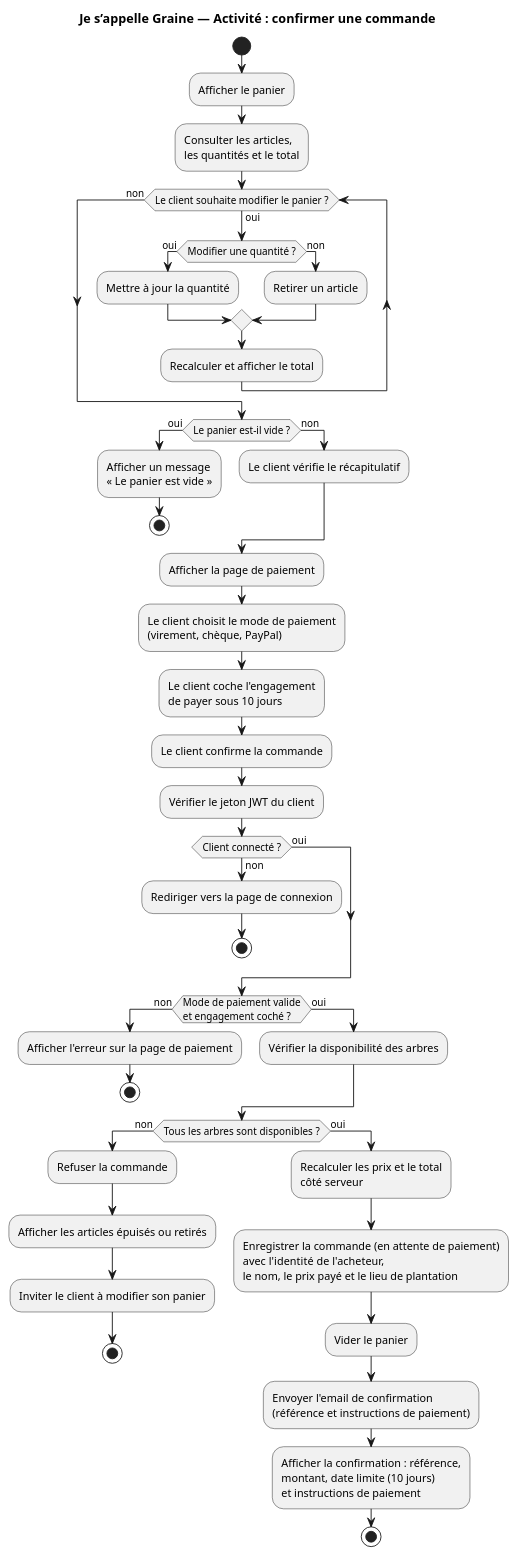
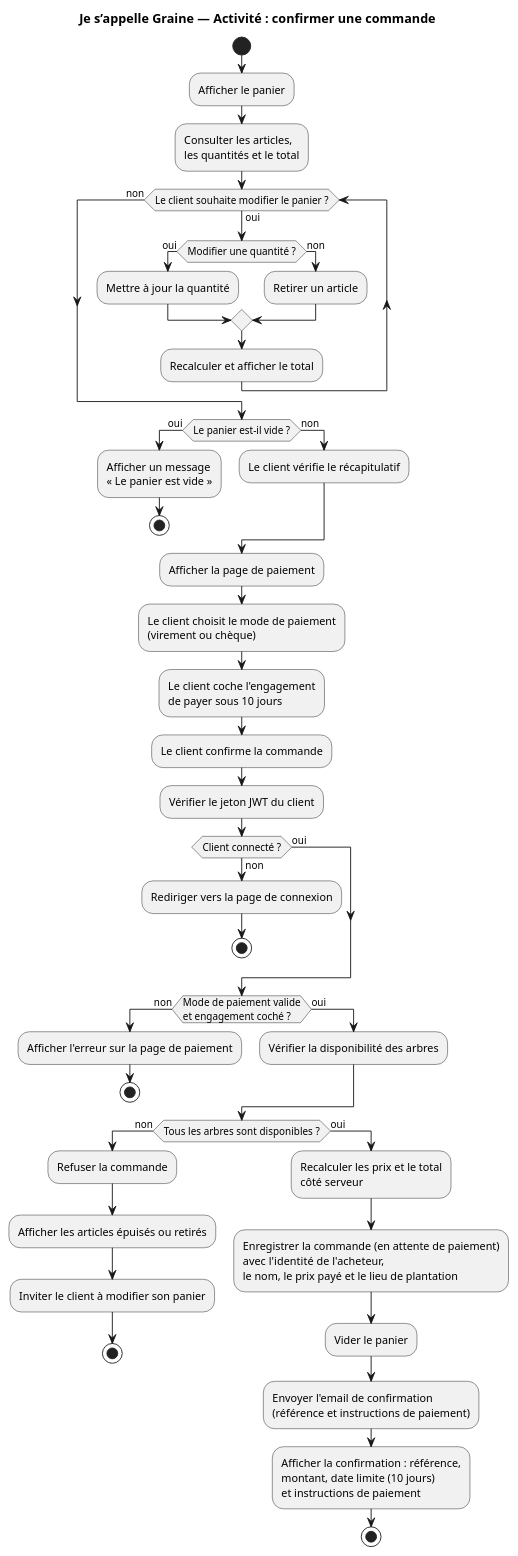
One commit to DimitryDereppe/je-s-appelle-graine changed the diagram in docs/conception/diagrammes/04-diagramme-activite-achat.puml. Above: the diagram before and after it, drawn with PlantUML. The commit also changed 9 other files, not shown here.

Commit message:
docs: PayPal retiré du MVP (avec la carte bancaire, en évolution), CGV en évolution, US28 et durée du JWT (24 h)

```diff
--- a/docs/conception/diagrammes/04-diagramme-activite-achat.puml
+++ b/docs/conception/diagrammes/04-diagramme-activite-achat.puml
@@ -1,67 +1,67 @@
 @startuml 04-diagramme-activite-achat
 title Je s’appelle Graine — Activité : confirmer une commande
 
 start
 :Afficher le panier;
 :Consulter les articles,
 les quantités et le total;
 
 while (Le client souhaite modifier le panier ?) is (oui)
   if (Modifier une quantité ?) then (oui)
     :Mettre à jour la quantité;
   else (non)
     :Retirer un article;
   endif
   :Recalculer et afficher le total;
 endwhile (non)
 
 if (Le panier est-il vide ?) then (oui)
   :Afficher un message
   « Le panier est vide »;
   stop
 else (non)
   :Le client vérifie le récapitulatif;
 endif
 
 :Afficher la page de paiement;
 :Le client choisit le mode de paiement
-(virement, chèque, PayPal);
+(virement ou chèque);
 :Le client coche l'engagement
 de payer sous 10 jours;
 :Le client confirme la commande;
 
 :Vérifier le jeton JWT du client;
 if (Client connecté ?) then (non)
   :Rediriger vers la page de connexion;
   stop
 else (oui)
 endif
 
 if (Mode de paiement valide
 et engagement coché ?) then (non)
   :Afficher l'erreur sur la page de paiement;
   stop
 else (oui)
   :Vérifier la disponibilité des arbres;
 endif
 
 if (Tous les arbres sont disponibles ?) then (non)
   :Refuser la commande;
   :Afficher les articles épuisés ou retirés;
   :Inviter le client à modifier son panier;
   stop
 else (oui)
   :Recalculer les prix et le total
   côté serveur;
   :Enregistrer la commande (en attente de paiement)
   avec l'identité de l'acheteur,
   le nom, le prix payé et le lieu de plantation;
   :Vider le panier;
   :Envoyer l'email de confirmation
   (référence et instructions de paiement);
   :Afficher la confirmation : référence,
   montant, date limite (10 jours)
   et instructions de paiement;
   stop
 endif
 @enduml
```
